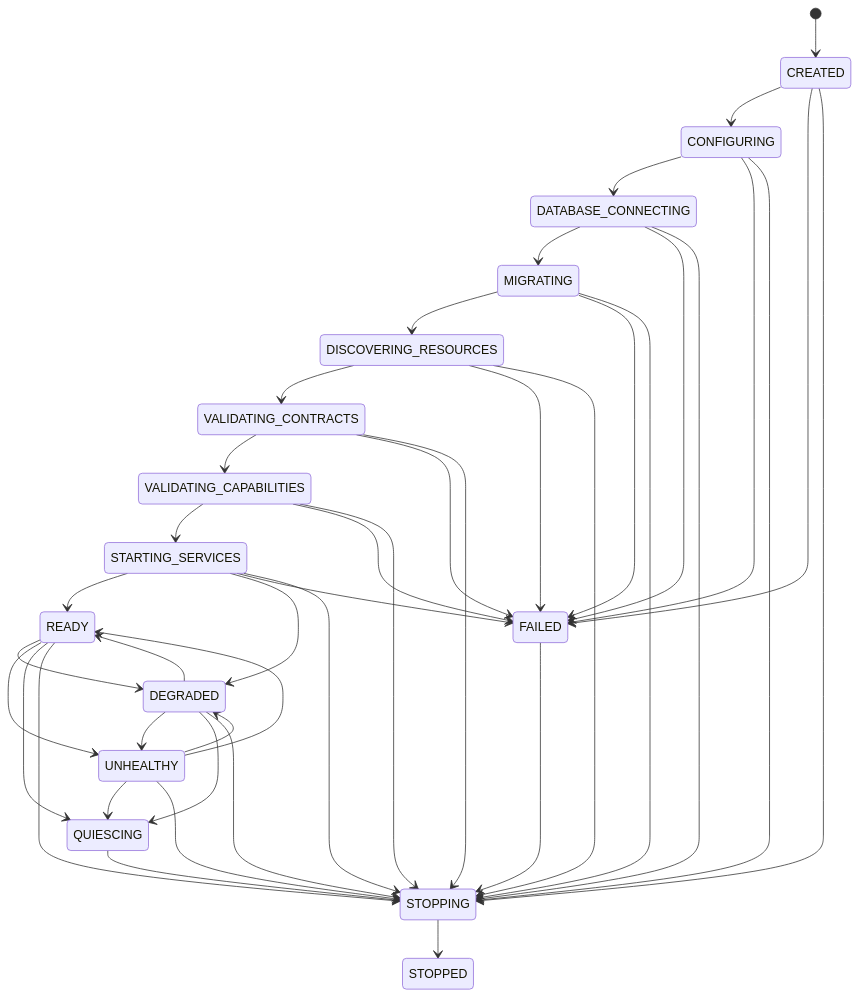
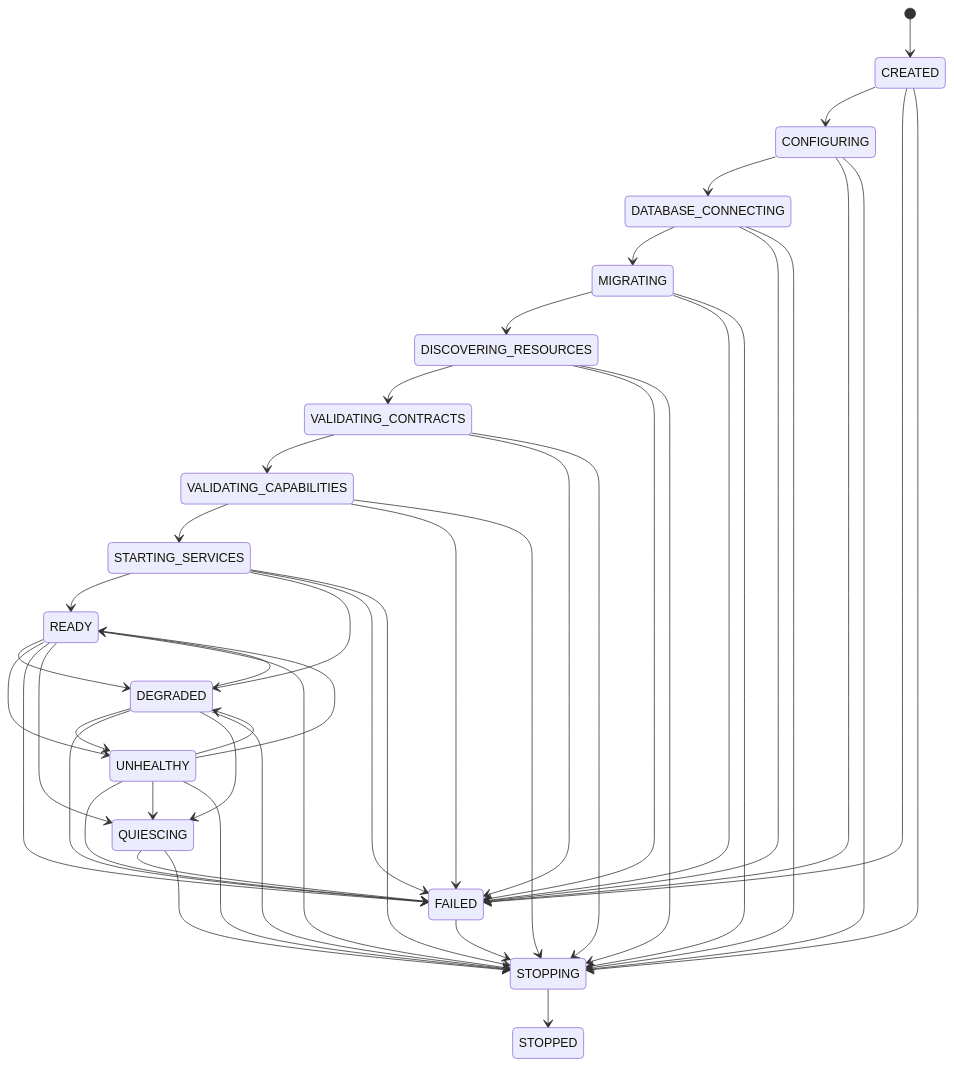
Before and after one commit to PixelGG/Synex_Framework: the first of 2 diagrams in docs/architecture/runtime.md, drawn with Mermaid. The commit also changed other lines of this file and 38 other files, not shown here.

````diff
--- a/docs/architecture/runtime.md
+++ b/docs/architecture/runtime.md
@@ -19,44 +21,48 @@
 ```mermaid
 stateDiagram-v2
     [*] --> CREATED
     CREATED --> CONFIGURING
     CONFIGURING --> DATABASE_CONNECTING
     DATABASE_CONNECTING --> MIGRATING
     MIGRATING --> DISCOVERING_RESOURCES
     DISCOVERING_RESOURCES --> VALIDATING_CONTRACTS
     VALIDATING_CONTRACTS --> VALIDATING_CAPABILITIES
     VALIDATING_CAPABILITIES --> STARTING_SERVICES
     STARTING_SERVICES --> READY
     STARTING_SERVICES --> DEGRADED
     READY --> DEGRADED
     DEGRADED --> READY
     READY --> UNHEALTHY
     DEGRADED --> UNHEALTHY
     UNHEALTHY --> DEGRADED
     UNHEALTHY --> READY
     CREATED --> FAILED
     CONFIGURING --> FAILED
     DATABASE_CONNECTING --> FAILED
     MIGRATING --> FAILED
     DISCOVERING_RESOURCES --> FAILED
     VALIDATING_CONTRACTS --> FAILED
     VALIDATING_CAPABILITIES --> FAILED
     STARTING_SERVICES --> FAILED
+    READY --> FAILED
+    DEGRADED --> FAILED
+    UNHEALTHY --> FAILED
+    QUIESCING --> FAILED
     CREATED --> STOPPING
     CONFIGURING --> STOPPING
     DATABASE_CONNECTING --> STOPPING
     MIGRATING --> STOPPING
     DISCOVERING_RESOURCES --> STOPPING
     VALIDATING_CONTRACTS --> STOPPING
     VALIDATING_CAPABILITIES --> STOPPING
     STARTING_SERVICES --> STOPPING
     READY --> QUIESCING
     DEGRADED --> QUIESCING
     UNHEALTHY --> QUIESCING
     READY --> STOPPING
     DEGRADED --> STOPPING
     UNHEALTHY --> STOPPING
     QUIESCING --> STOPPING
     FAILED --> STOPPING
     STOPPING --> STOPPED
 ```
````
